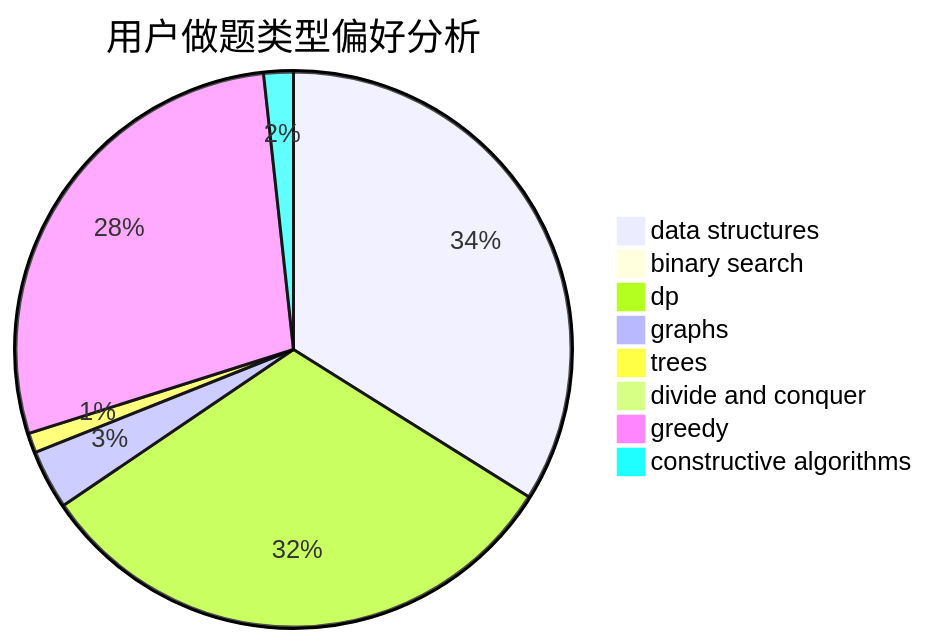
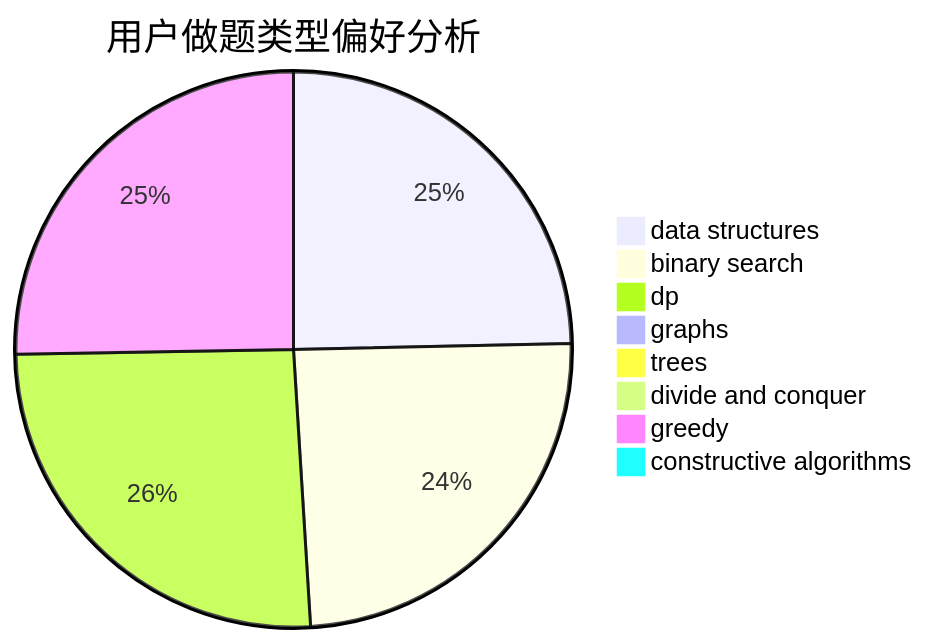
Before and after one commit to sherpahu/cfrs.github.io: the second of 3 diagrams in docs/user/u96.md, drawn with Mermaid. The commit also changed other lines of this file and 2770 other files, not shown here.

````diff
--- a/docs/user/u96.md
+++ b/docs/user/u96.md
@@ -23,11 +23,11 @@
 ```mermaid
 pie title 用户做题类型偏好分析
-    "data structures" :  59
-    "binary search" :  0
-    "dp" :  55
-    "graphs" :  6
-    "trees" :  2
+    "data structures" :  402
+    "binary search" :  397
+    "dp" :  419
+    "graphs" :  2
+    "trees" :  0
     "divide and conquer" :  0
-    "greedy" :  49
-    "constructive algorithms" :  3
+    "greedy" :  412
+    "constructive algorithms" :  2
 ```
````
